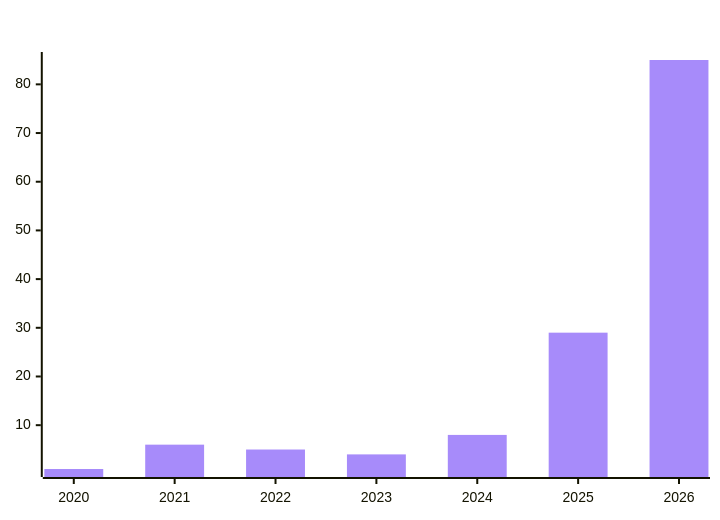
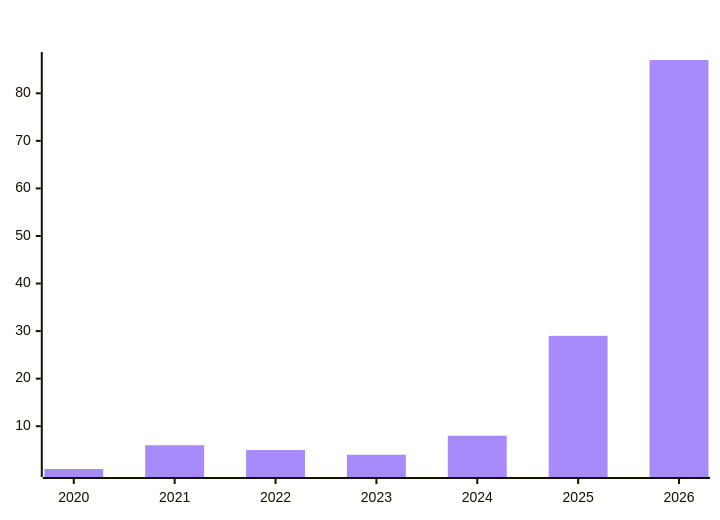
The sixth of 7 diagrams in README.md (polo-nyan/polo-nyan), drawn with Mermaid before and after one commit. The commit also changed other lines of this file and 1 other file, not shown here.

````diff
--- a/README.md
+++ b/README.md
@@ -391,7 +391,7 @@
 ```mermaid
 %%{init: {"xyChart": {"titleColor": "#ffffff", "xAxisLabelColor": "#ffffff", "yAxisLabelColor": "#ffffff"}, "themeVariables": {"xyChart": {"titleColor": "#ffffff", "plotColorPalette": "#a78bfa"}}}}%%
 xychart-beta
     title "Repos Created Per Year"
     x-axis ["2020", "2021", "2022", "2023", "2024", "2025", "2026"]
-    bar [1, 6, 5, 4, 8, 29, 85]
+    bar [1, 6, 5, 4, 8, 29, 87]
 ```
````
